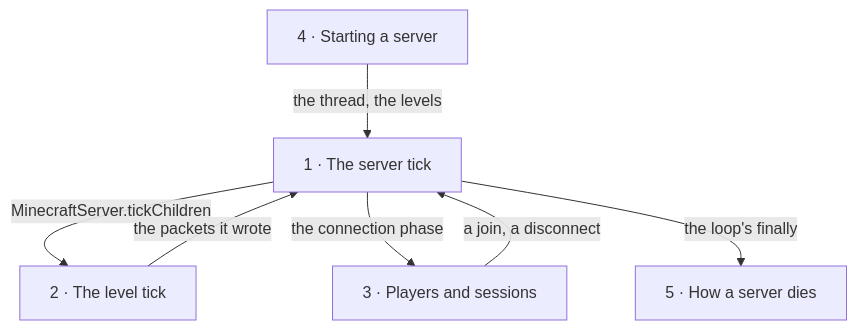
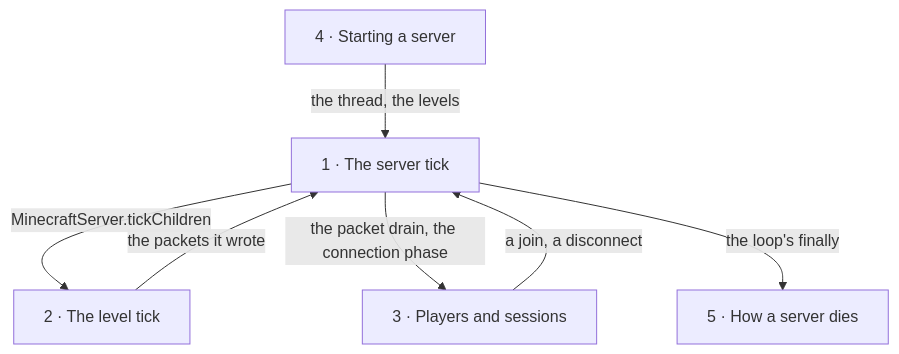
One commit to AlexanderjFraser/MinecraftDocs changed the diagram in src/systems/server/README.md. Above: the diagram before and after it, drawn with Mermaid. The commit also changed other lines of this file and 15 other files, not shown here.

````diff
--- a/src/systems/server/README.md
+++ b/src/systems/server/README.md
@@ -36,14 +36,14 @@
 ```mermaid
 flowchart TD
     Tick["1 · The server tick"]
     Level["2 · The level tick"]
     Players["3 · Players and sessions"]
     Start["4 · Starting a server"]
     Death["5 · How a server dies"]
     Start -- "the thread, the levels" --> Tick
     Tick -- "MinecraftServer.tickChildren" --> Level
     Level -- "the packets it wrote" --> Tick
-    Tick -- "the connection phase" --> Players
+    Tick -- "the packet drain, the connection phase" --> Players
     Players -- "a join, a disconnect" --> Tick
     Tick -- "the loop's finally" --> Death
 ```
````
